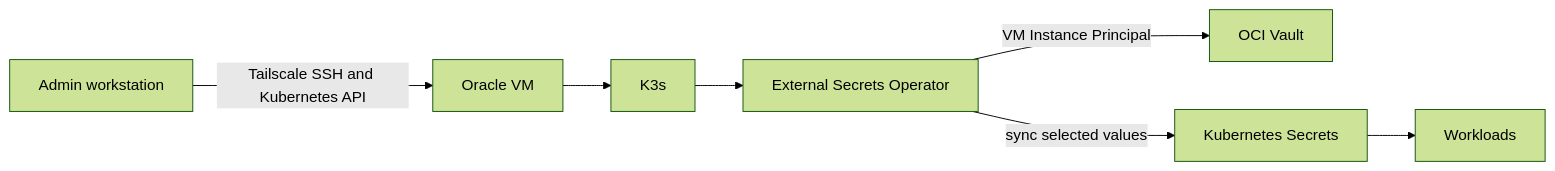
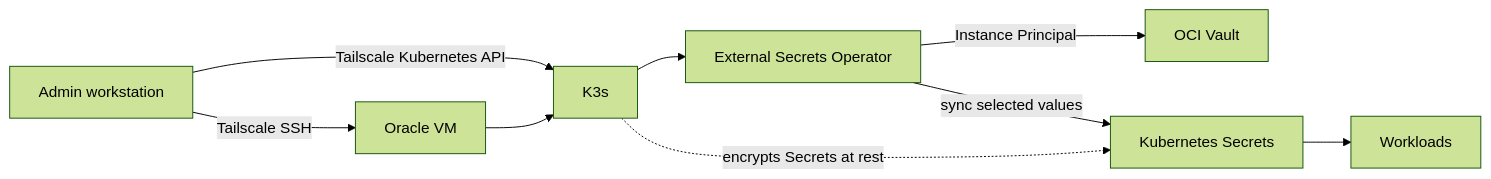
One commit to Disease-Prediction-ASET26/disease-prediction-docs changed the second of 3 diagrams in devops/README.md. Above: the diagram before and after it, drawn with Mermaid (forest theme). The commit also changed other lines of this file, not shown here.

Commit message:
docs(devops): clarify repository guide and system flows

````diff
--- a/devops/README.md
+++ b/devops/README.md
@@ -50,9 +58,11 @@
 ```mermaid
 flowchart LR
-  admin[Admin workstation] -->|Tailscale SSH and Kubernetes API| vm[Oracle VM]
-  vm --> k3s[K3s]
+  admin[Admin workstation] -->|Tailscale SSH| vm[Oracle VM]
+  admin -->|Tailscale Kubernetes API| k3s[K3s]
+  vm --> k3s
   k3s --> eso[External Secrets Operator]
-  eso -->|VM Instance Principal| vault[OCI Vault]
+  eso -->|Instance Principal| vault[OCI Vault]
   eso -->|sync selected values| secrets[Kubernetes Secrets]
   secrets --> workloads[Workloads]
+  k3s -. encrypts Secrets at rest .-> secrets
 ```
````
